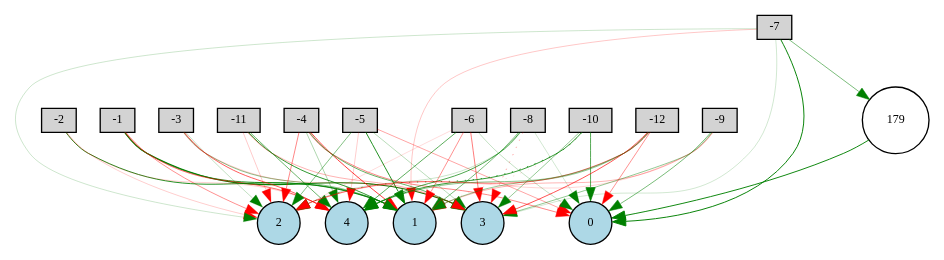
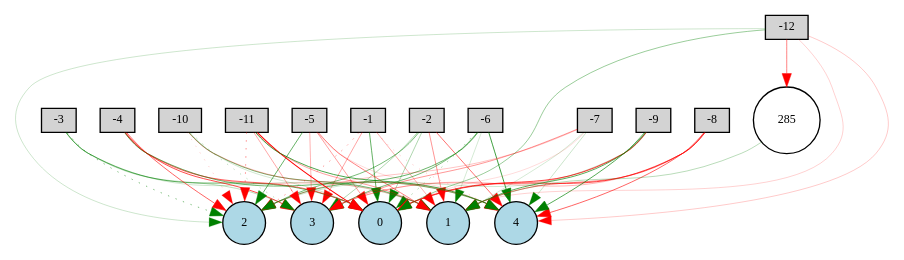
The diagram in Digraph.gv (TomSpeedy/neat_coevolution), drawn with Graphviz before and after one commit. The commit also changed 3 other files, not shown here.

```diff
--- a/Digraph.gv
+++ b/Digraph.gv
@@ -1,76 +1,80 @@
 digraph {
 	node [fontsize=9 height=0.2 shape=circle width=0.2]
 	-1 [fillcolor=lightgray shape=box style=filled]
 	-2 [fillcolor=lightgray shape=box style=filled]
 	-3 [fillcolor=lightgray shape=box style=filled]
 	-4 [fillcolor=lightgray shape=box style=filled]
 	-5 [fillcolor=lightgray shape=box style=filled]
 	-6 [fillcolor=lightgray shape=box style=filled]
 	-7 [fillcolor=lightgray shape=box style=filled]
 	-8 [fillcolor=lightgray shape=box style=filled]
 	-9 [fillcolor=lightgray shape=box style=filled]
 	-10 [fillcolor=lightgray shape=box style=filled]
 	-11 [fillcolor=lightgray shape=box style=filled]
 	-12 [fillcolor=lightgray shape=box style=filled]
 	0 [fillcolor=lightblue style=filled]
 	1 [fillcolor=lightblue style=filled]
 	2 [fillcolor=lightblue style=filled]
 	3 [fillcolor=lightblue style=filled]
 	4 [fillcolor=lightblue style=filled]
-	179 [fillcolor=white style=filled]
-	-1 -> 1 [color=green penwidth=0.6193465669613085 style=solid]
-	-1 -> 2 [color=red penwidth=0.33232450132185876 style=solid]
-	-1 -> 3 [color=green penwidth=0.7928341393660053 style=solid]
-	-1 -> 4 [color=red penwidth=0.4364809896456039 style=solid]
-	-2 -> 1 [color=green penwidth=0.6542769717354552 style=solid]
-	-2 -> 2 [color=red penwidth=0.14603671751723363 style=solid]
-	-2 -> 4 [color=red penwidth=0.13591849191284583 style=solid]
-	-3 -> 1 [color=green penwidth=0.3469523326690417 style=solid]
-	-3 -> 2 [color=green penwidth=0.18215023769492023 style=solid]
-	-3 -> 3 [color=red penwidth=0.1530599794788406 style=solid]
-	-3 -> 4 [color=red penwidth=0.48193078259379485 style=solid]
-	-4 -> 0 [color=red penwidth=0.3610945539774607 style=solid]
-	-4 -> 1 [color=red penwidth=0.5675546577944088 style=solid]
-	-4 -> 2 [color=red penwidth=0.3559730153265953 style=solid]
-	-4 -> 3 [color=green penwidth=0.45536915444654036 style=solid]
-	-4 -> 4 [color=green penwidth=0.24301248594960814 style=solid]
-	-5 -> 0 [color=red penwidth=0.27484152222063074 style=solid]
-	-5 -> 1 [color=green penwidth=0.6502082417863181 style=solid]
-	-5 -> 2 [color=green penwidth=0.3656810969584532 style=solid]
-	-5 -> 3 [color=green penwidth=0.21481195192782337 style=solid]
-	-5 -> 4 [color=red penwidth=0.14517745675323612 style=solid]
-	-6 -> 0 [color=green penwidth=0.1844938338491501 style=solid]
-	-6 -> 1 [color=red penwidth=0.32617343544600824 style=solid]
-	-6 -> 2 [color=red penwidth=0.10670233378098552 style=solid]
-	-6 -> 3 [color=red penwidth=0.3903675956430639 style=solid]
-	-6 -> 4 [color=green penwidth=0.48150459681544566 style=solid]
-	-7 -> 0 [color=green penwidth=0.7161806396178255 style=solid]
-	-7 -> 1 [color=red penwidth=0.17007141931176514 style=solid]
-	-7 -> 2 [color=green penwidth=0.15346972577642592 style=solid]
-	-7 -> 3 [color=green penwidth=0.14159344909490185 style=solid]
-	-8 -> 0 [color=green penwidth=0.14219968820216283 style=solid]
-	-8 -> 1 [color=green penwidth=0.39304016283166343 style=solid]
-	-8 -> 2 [color=green penwidth=0.1584710614790716 style=solid]
-	-8 -> 3 [color=red penwidth=0.27423063112700086 style=dotted]
-	-8 -> 4 [color=green penwidth=0.5324585714063351 style=solid]
-	-9 -> 0 [color=green penwidth=0.39986469770180166 style=solid]
-	-9 -> 1 [color=red penwidth=0.21509814713180403 style=solid]
-	-9 -> 2 [color=red penwidth=0.12581316515252672 style=solid]
-	-9 -> 3 [color=green penwidth=0.3232764288419545 style=solid]
-	-10 -> 0 [color=green penwidth=0.5055118024474872 style=solid]
-	-10 -> 1 [color=red penwidth=0.11194465443751767 style=dotted]
-	-10 -> 2 [color=green penwidth=0.5212277565107215 style=dotted]
-	-10 -> 3 [color=green penwidth=0.3135183883470031 style=solid]
-	-10 -> 4 [color=green penwidth=0.6020530441485415 style=solid]
-	-11 -> 1 [color=green penwidth=0.6055341249103428 style=solid]
-	-11 -> 2 [color=red penwidth=0.1604875193585038 style=solid]
-	-11 -> 3 [color=red penwidth=0.23293352402109946 style=solid]
-	-11 -> 4 [color=green penwidth=0.44221494680886675 style=solid]
-	-12 -> 0 [color=red penwidth=0.33095680915251835 style=solid]
-	-12 -> 1 [color=green penwidth=0.31268962524205 style=solid]
-	-12 -> 2 [color=red penwidth=0.42073006042589756 style=solid]
-	-12 -> 3 [color=red penwidth=0.5117501233981692 style=solid]
-	-12 -> 4 [color=green penwidth=0.33853935692933984 style=solid]
-	-7 -> 179 [color=green penwidth=0.39278403088888003 style=solid]
-	179 -> 0 [color=green penwidth=0.7012242699744563 style=solid]
+	285 [fillcolor=white style=filled]
+	-1 -> 0 [color=green penwidth=0.4590039825484915 style=solid]
+	-1 -> 1 [color=red penwidth=0.24126652589638106 style=solid]
+	-1 -> 2 [color=red penwidth=0.3189604654181145 style=dotted]
+	-1 -> 3 [color=red penwidth=0.27073701803729944 style=solid]
+	-1 -> 4 [color=red penwidth=0.15148960926793179 style=dotted]
+	-2 -> 0 [color=green penwidth=0.24079388503545493 style=solid]
+	-2 -> 1 [color=red penwidth=0.31894193940445725 style=solid]
+	-2 -> 2 [color=green penwidth=0.39592144342587854 style=solid]
+	-2 -> 3 [color=green penwidth=0.24367636076455731 style=solid]
+	-2 -> 4 [color=red penwidth=0.41636232454221345 style=solid]
+	-3 -> 0 [color=green penwidth=0.4534514181541587 style=solid]
+	-3 -> 1 [color=green penwidth=0.14203988608697407 style=solid]
+	-3 -> 2 [color=green penwidth=0.38871955868039587 style=dotted]
+	-3 -> 3 [color=green penwidth=0.20294696492985934 style=solid]
+	-4 -> 0 [color=red penwidth=0.4379799470225332 style=solid]
+	-4 -> 1 [color=red penwidth=0.20378738581686462 style=solid]
+	-4 -> 2 [color=red penwidth=0.4589913010894138 style=solid]
+	-4 -> 3 [color=red penwidth=0.5283844264461391 style=solid]
+	-4 -> 4 [color=green penwidth=0.42166283465582377 style=solid]
+	-5 -> 0 [color=red penwidth=0.29240483584454224 style=solid]
+	-5 -> 1 [color=red penwidth=0.38326942285881915 style=solid]
+	-5 -> 2 [color=green penwidth=0.4459300771235093 style=solid]
+	-5 -> 3 [color=red penwidth=0.22944769557673933 style=solid]
+	-5 -> 4 [color=red penwidth=0.10987365124078344 style=solid]
+	-6 -> 0 [color=green penwidth=0.29262829016836023 style=dotted]
+	-6 -> 1 [color=green penwidth=0.12586390215442533 style=solid]
+	-6 -> 2 [color=green penwidth=0.4396930403381497 style=solid]
+	-6 -> 3 [color=green penwidth=0.39606040232413986 style=solid]
+	-6 -> 4 [color=green penwidth=0.5603940788513787 style=solid]
+	-7 -> 0 [color=red penwidth=0.11347492334529101 style=solid]
+	-7 -> 1 [color=green penwidth=0.12898582101807937 style=solid]
+	-7 -> 2 [color=red penwidth=0.18235401240455845 style=solid]
+	-7 -> 3 [color=red penwidth=0.3124681305074677 style=solid]
+	-7 -> 4 [color=green penwidth=0.15744117669936766 style=solid]
+	-8 -> 0 [color=red penwidth=0.535741533955012 style=solid]
+	-8 -> 1 [color=red penwidth=0.38894532666870085 style=solid]
+	-8 -> 3 [color=red penwidth=0.21263007408396256 style=solid]
+	-8 -> 4 [color=red penwidth=0.4556215510034973 style=solid]
+	-9 -> 0 [color=red penwidth=0.5447070688858107 style=solid]
+	-9 -> 2 [color=green penwidth=0.14344588758153493 style=solid]
+	-9 -> 3 [color=red penwidth=0.19732248792372292 style=solid]
+	-9 -> 4 [color=green penwidth=0.5041162041284868 style=solid]
+	-10 -> 1 [color=green penwidth=0.4209240429003105 style=solid]
+	-10 -> 2 [color=red penwidth=0.13644937160054352 style=dotted]
+	-10 -> 3 [color=green penwidth=0.19533645350442902 style=dotted]
+	-10 -> 4 [color=red penwidth=0.21994191662281595 style=solid]
+	-11 -> 0 [color=red penwidth=0.7605694443025872 style=solid]
+	-11 -> 1 [color=red penwidth=0.2922394184006596 style=solid]
+	-11 -> 2 [color=red penwidth=0.37078832363384784 style=dotted]
+	-11 -> 3 [color=red penwidth=0.26008483913771185 style=solid]
+	-11 -> 4 [color=green penwidth=0.5287375374680618 style=solid]
+	-12 -> 0 [color=green penwidth=0.29904932576230747 style=solid]
+	-12 -> 1 [color=red penwidth=0.13606281593174413 style=solid]
+	-12 -> 2 [color=green penwidth=0.14681216284676518 style=solid]
+	-12 -> 4 [color=red penwidth=0.1572911302929676 style=solid]
+	-12 -> 285 [color=red penwidth=0.369339979694407 style=solid]
+	285 -> 1 [color=green penwidth=0.21160151915600806 style=solid]
+	-9 -> 1 [color=green penwidth=0.48727723193385164 style=solid]
+	-10 -> 0 [color=green penwidth=0.14498534937365792 style=solid]
 }
```
